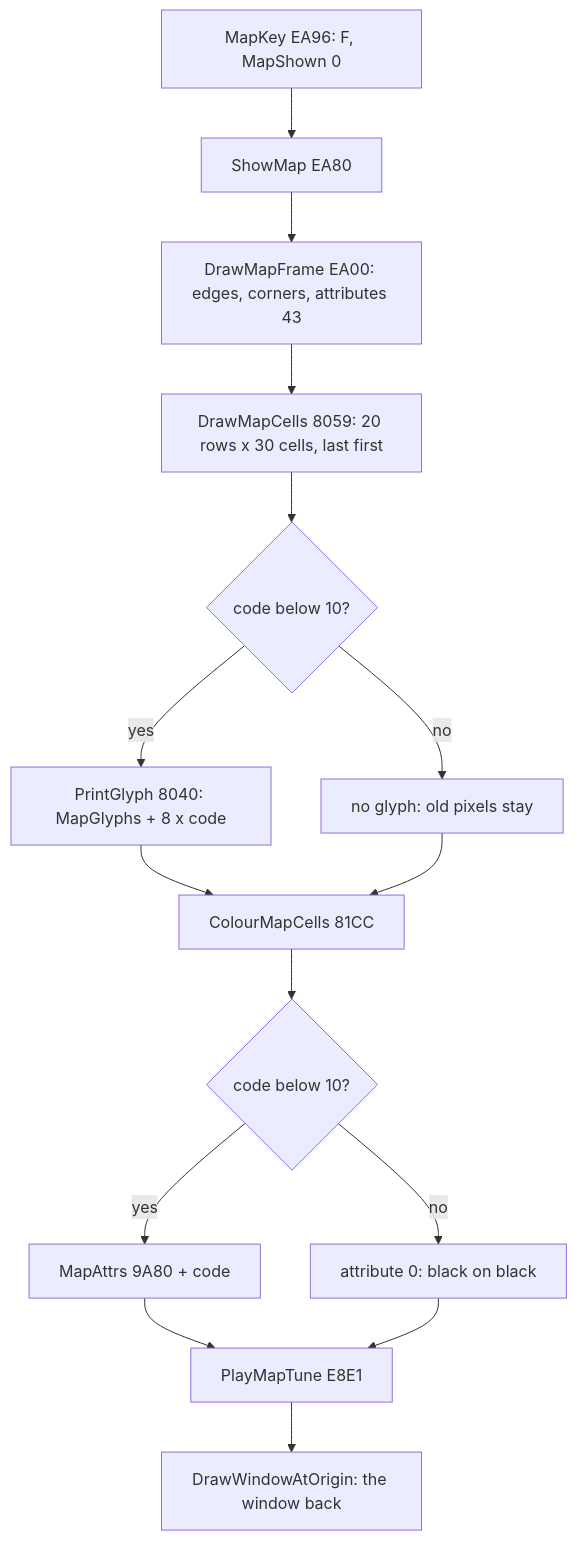
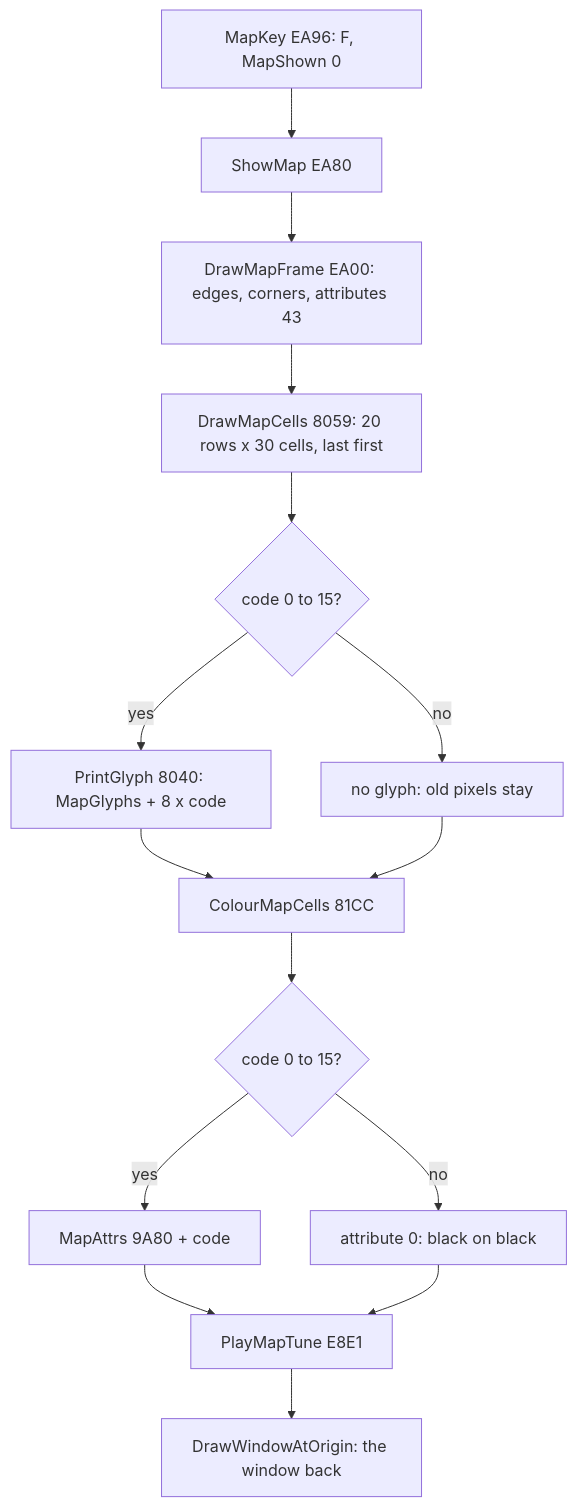
Before and after one commit to alfishe/unrealng-reverse-cases: the sixth of 6 diagrams in games/earth-shaker/docs/06-rendering.md, drawn with Mermaid. The commit also changed other lines of this file and 52 other files, not shown here.

Commit message:
Earth Shaker: review round 1 fixes (jelly bean, stack depth, menu flow, DigInPlace sound, teleport-599 bug, witness counts recounted, bright quarters)

````diff
--- a/games/earth-shaker/docs/06-rendering.md
+++ b/games/earth-shaker/docs/06-rendering.md
@@ -748,17 +750,17 @@
 ```mermaid
 flowchart TD
     A["MapKey EA96: F, MapShown 0"] --> B["ShowMap EA80"]
     B --> C["DrawMapFrame EA00: edges, corners, attributes 43"]
     C --> D["DrawMapCells 8059: 20 rows x 30 cells, last first"]
-    D --> E{"code below 10?"}
+    D --> E{"code 0 to 15?"}
     E -- "yes" --> F["PrintGlyph 8040: MapGlyphs + 8 x code"]
     E -- "no" --> G["no glyph: old pixels stay"]
     F --> H["ColourMapCells 81CC"]
     G --> H
-    H --> I{"code below 10?"}
+    H --> I{"code 0 to 15?"}
     I -- "yes" --> J["MapAttrs 9A80 + code"]
     I -- "no" --> K["attribute 0: black on black"]
     J --> L["PlayMapTune E8E1"]
     K --> L
     L --> M["DrawWindowAtOrigin: the window back"]
 ```
````
